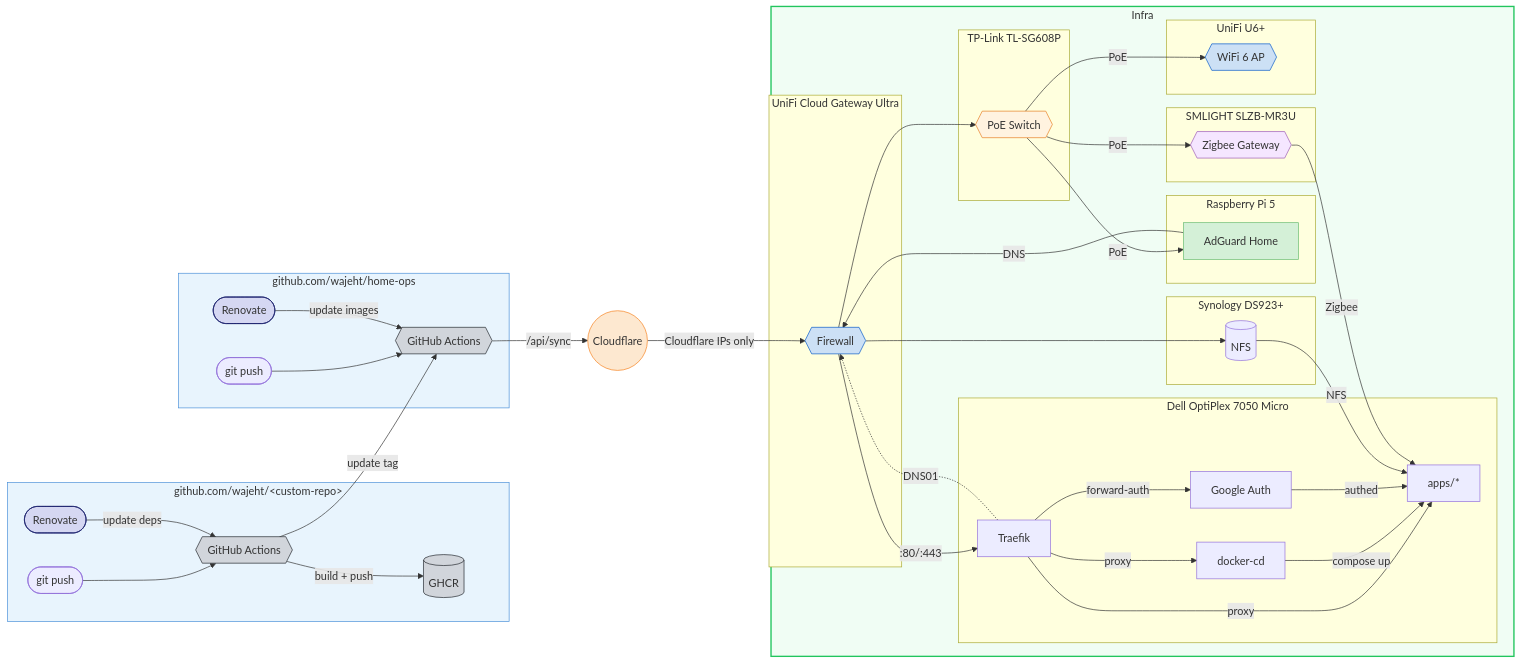
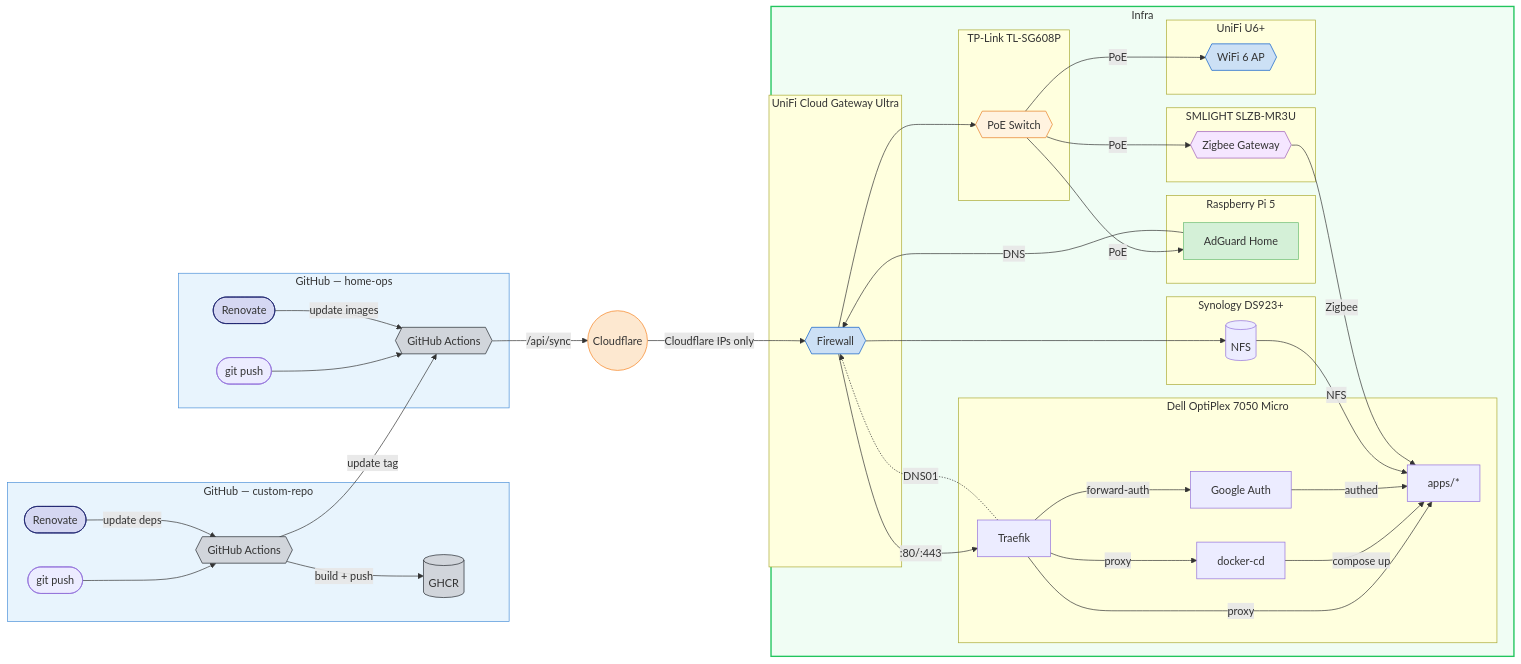
One commit to wajeht/home-ops changed the diagram in README.md. Above: the diagram before and after it, drawn with Mermaid.

Commit message:
docs: update architecture diagram to reflect GitHub

````diff
--- a/README.md
+++ b/README.md
@@ -16,80 +16,80 @@
 ```mermaid
 flowchart LR
-    subgraph app_repo["github.com/wajeht/&lt;custom-repo&gt;"]
+    subgraph app_repo["GitHub — custom-repo"]
         app_push([git push])
         app_renovate([Renovate])
         ci{{GitHub Actions}}
         ghcr[(GHCR)]
     end
 
-    subgraph ops_repo["github.com/wajeht/home-ops"]
+    subgraph ops_repo["GitHub — home-ops"]
         ops_push([git push])
         ops_renovate([Renovate])
         ops_ci{{GitHub Actions}}
     end
 
     app_push --> ci -->|build + push| ghcr
     app_renovate -->|update deps| ci
     ci -->|update tag| ops_ci
     ops_push --> ops_ci
     ops_renovate -->|update images| ops_ci
     ops_ci -->|/api/sync| cf((Cloudflare)) -->|Cloudflare IPs only| unifi -->|:80/:443| traefik -->|proxy| apps
 
     subgraph infra[Infra]
         subgraph dell[Dell OptiPlex 7050 Micro]
             docker_cd[docker-cd] -->|compose up| apps[apps/*]
             traefik[Traefik] -->|proxy| docker_cd
             traefik -->|forward-auth| google_auth[Google Auth] -->|authed| apps
         end
 
         subgraph nas[Synology DS923+]
             nfs[(NFS)]
         end
 
         subgraph ucg[UniFi Cloud Gateway Ultra]
             unifi{{Firewall}}
         end
 
         subgraph pi[Raspberry Pi 5]
             adguard[AdGuard Home]
         end
 
         subgraph slzb[SMLIGHT SLZB-MR3U]
             zigbee{{Zigbee Gateway}}
         end
 
         subgraph tplink[TP-Link TL-SG608P]
             poe{{PoE Switch}}
         end
 
         subgraph u6[UniFi U6+]
             ap{{WiFi 6 AP}}
         end
 
         nfs -->|NFS| apps
         adguard -->|DNS| unifi
         unifi --> nfs
         unifi --> poe
         poe -->|PoE| zigbee
         poe -->|PoE| adguard
         poe -->|PoE| ap
         zigbee -->|Zigbee| apps
     end
 
     traefik -.->|DNS01| unifi
 
     style app_repo fill:#e8f4fd,stroke:#4a90d9
     style ops_repo fill:#e8f4fd,stroke:#4a90d9
     style infra fill:#f0fdf4,stroke:#22c55e,stroke-width:2px
     style cf fill:#fde8d0,stroke:#f6821f,color:#333
     style ghcr fill:#d1d5db,stroke:#24292e,color:#333
     classDef gha fill:#d1d5db,stroke:#24292e,color:#333
     class ci,ops_ci gha
     style app_renovate fill:#d5d7f2,stroke:#1a1f6c,color:#333
     style ops_renovate fill:#d5d7f2,stroke:#1a1f6c,color:#333
     style adguard fill:#d4f0d7,stroke:#68bc71,color:#333
     style unifi fill:#cce0f5,stroke:#0559c9,color:#333
     style zigbee fill:#f5e6ff,stroke:#9b59b6,color:#333
     style poe fill:#fff3e0,stroke:#e67e22,color:#333
     style ap fill:#cce0f5,stroke:#0559c9,color:#333
 ```
````
